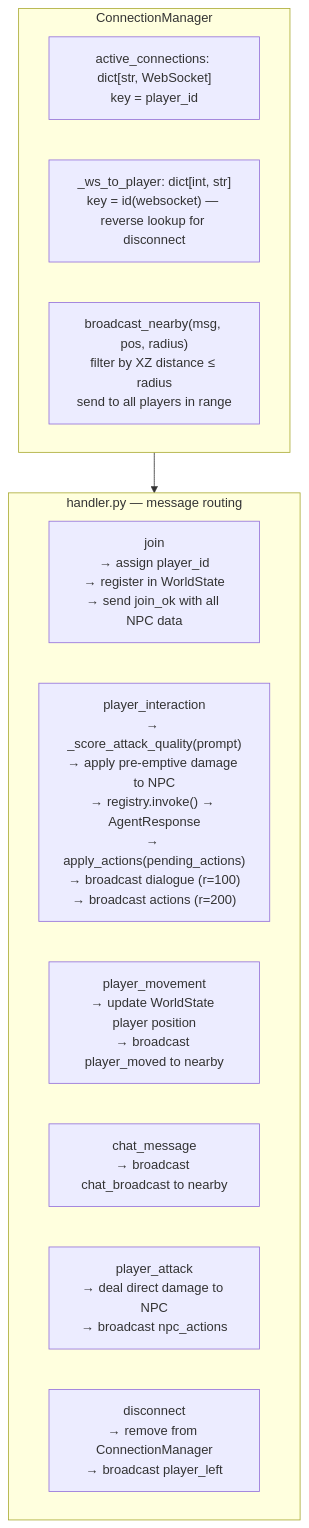
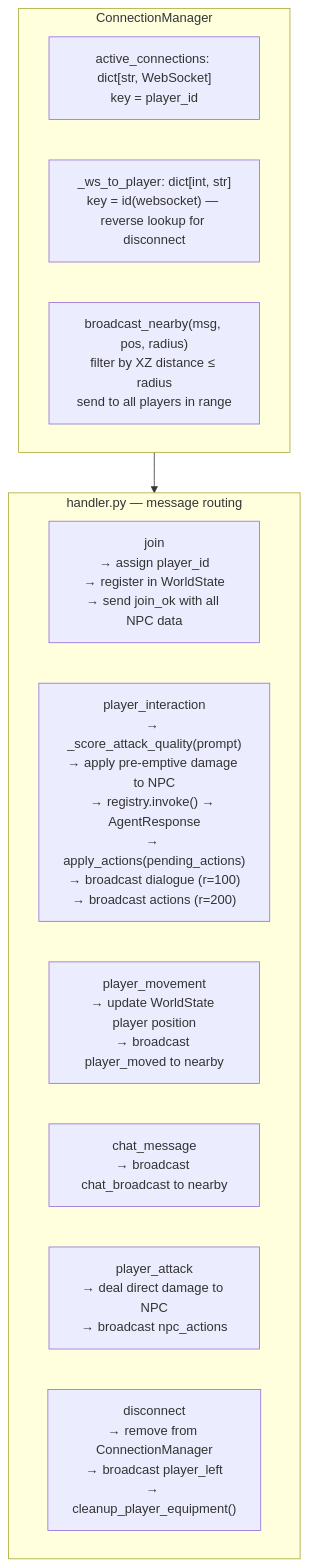
Before and after one commit to Zaexv/world-of-prompcraft: the third of 8 diagrams in server/ARCHITECTURE.md, drawn with Mermaid. The commit also changed other lines of this file and 1 other file, not shown here.

Commit message:
docs: update architecture docs for zonal manifest overhaul

````diff
--- a/server/ARCHITECTURE.md
+++ b/server/ARCHITECTURE.md
@@ -81,19 +83,19 @@
 ```mermaid
 flowchart TD
     subgraph ConnectionManager["ConnectionManager"]
         AC["active_connections: dict[str, WebSocket]\nkey = player_id"]
         WP["_ws_to_player: dict[int, str]\nkey = id(websocket) — reverse lookup for disconnect"]
         BN["broadcast_nearby(msg, pos, radius)\nfilter by XZ distance ≤ radius\nsend to all players in range"]
     end
 
     subgraph Handler["handler.py — message routing"]
         JOIN["join\n→ assign player_id\n→ register in WorldState\n→ send join_ok with all NPC data"]
         INTER["player_interaction\n→ _score_attack_quality(prompt)\n→ apply pre-emptive damage to NPC\n→ registry.invoke() → AgentResponse\n→ apply_actions(pending_actions)\n→ broadcast dialogue (r=100)\n→ broadcast actions (r=200)"]
         MOV["player_movement\n→ update WorldState player position\n→ broadcast player_moved to nearby"]
         CHAT["chat_message\n→ broadcast chat_broadcast to nearby"]
         ATK["player_attack\n→ deal direct damage to NPC\n→ broadcast npc_actions"]
-        DISC["disconnect\n→ remove from ConnectionManager\n→ broadcast player_left"]
+        DISC["disconnect\n→ remove from ConnectionManager\n→ broadcast player_left\n→ cleanup_player_equipment()"]
     end
 
     ConnectionManager --> Handler
 ```
````
